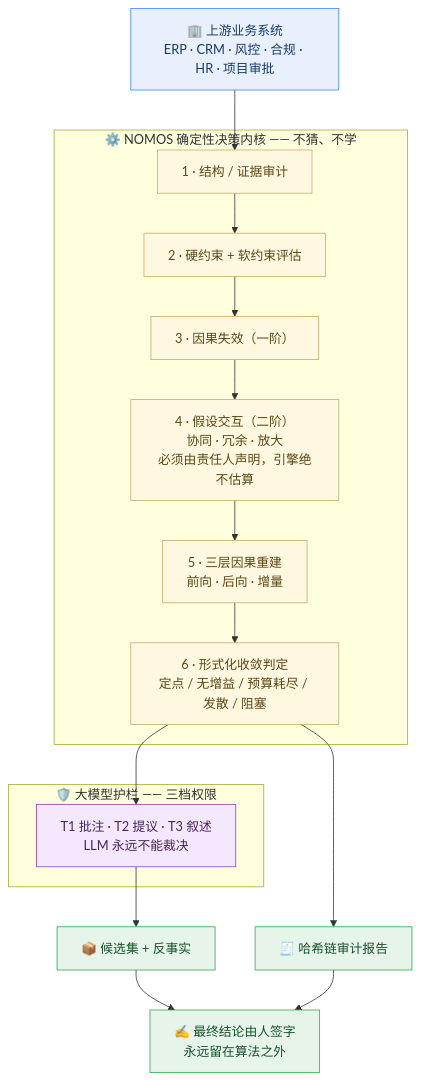
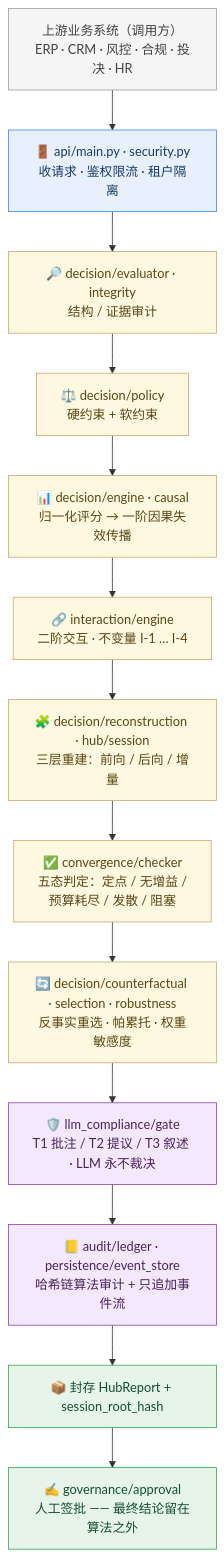
One commit to NOHN-AI/second-perspective changed the diagram in README-zh.md. Above: the diagram before and after it, drawn with Mermaid. The commit also changed other lines of this file and 1 other file, not shown here.

Commit message:
docs: redraw architecture as a module-level flowchart (EN+ZH)

````diff
--- a/README-zh.md
+++ b/README-zh.md
@@ -165,42 +165,41 @@
 ```mermaid
 flowchart TB
-    UP["🏢 上游业务系统<br/>ERP · CRM · 风控 · 合规 · HR · 项目审批"]
+    UP["上游业务系统（调用方）<br/>ERP · CRM · 风控 · 合规 · 投决 · HR"]
 
-    subgraph CORE["⚙️ NOMOS 确定性决策内核 —— 不猜、不学"]
-        K1["1 · 结构 / 证据审计"]
-        K2["2 · 硬约束 + 软约束评估"]
-        K3["3 · 因果失效（一阶）"]
-        K4["4 · 假设交互（二阶）<br/>协同 · 冗余 · 放大<br/>必须由责任人声明，引擎绝不估算"]
-        K5["5 · 三层因果重建<br/>前向 · 后向 · 增量"]
-        K6["6 · 形式化收敛判定<br/>定点 / 无增益 / 预算耗尽 / 发散 / 阻塞"]
-    end
+    A1["🚪 api/main.py · security.py<br/>收请求 · 鉴权限流 · 租户隔离"]
+    A2["🔎 decision/evaluator · integrity<br/>结构 / 证据审计"]
+    A3["⚖️ decision/policy<br/>硬约束 + 软约束"]
+    A4["📊 decision/engine · causal<br/>归一化评分 → 一阶因果失效传播"]
+    A5["🔗 interaction/engine<br/>二阶交互 · 不变量 I-1 … I-4"]
+    A6["🧩 decision/reconstruction · hub/session<br/>三层重建：前向 / 后向 / 增量"]
+    A7["✅ convergence/checker<br/>五态判定：定点 / 无增益 /<br/>预算耗尽 / 发散 / 阻塞"]
+    A8["🔄 decision/counterfactual · selection · robustness<br/>反事实重选 · 帕累托 · 权重敏感度"]
+    A9["🛡️ llm_compliance/gate<br/>T1 批注 / T2 提议 / T3 叙述 · LLM 永不裁决"]
+    A10["📒 audit/ledger · persistence/event_store<br/>哈希链算法审计 + 只追加事件流"]
+    OUT["📦 封存 HubReport + session_root_hash"]
+    HUMAN["✍️ governance/approval<br/>人工签批 —— 最终结论留在算法之外"]
 
-    subgraph GATE["🛡️ 大模型护栏 —— 三档权限"]
-        G["T1 批注 · T2 提议 · T3 叙述<br/>LLM 永远不能裁决"]
-    end
+    UP --> A1
+    A1 --> A2
+    A2 --> A3
+    A3 --> A4
+    A4 --> A5
+    A5 --> A6
+    A6 --> A7
+    A7 --> A8
+    A8 --> A9
+    A9 --> A10
+    A10 --> OUT
+    OUT --> HUMAN
 
-    OUT1["📦 候选集 + 反事实"]
-    OUT2["🧾 哈希链审计报告"]
-    HUMAN["✍️ 最终结论由人签字<br/>永远留在算法之外"]
-
-    UP --> K1
-    K1 --> K2
-    K2 --> K3
-    K3 --> K4
-    K4 --> K5
-    K5 --> K6
-    K6 --> G
-    G --> OUT1
-    K6 --> OUT2
-    OUT1 --> HUMAN
-    OUT2 --> HUMAN
-
+    classDef cUp fill:#F5F5F5,stroke:#9E9E9E,stroke-width:1px,color:#424242
     classDef cIn fill:#E8F0FE,stroke:#4285F4,stroke-width:1px,color:#173A66
     classDef cCore fill:#FFF8E1,stroke:#C9A96E,stroke-width:1px,color:#5B4614
     classDef cGate fill:#F3E8FD,stroke:#8E44AD,stroke-width:1px,color:#4A235A
     classDef cOut fill:#E6F4EA,stroke:#34A853,stroke-width:1px,color:#14512B
-    class UP cIn
-    class K1,K2,K3,K4,K5,K6 cCore
-    class G cGate
-    class OUT1,OUT2,HUMAN cOut
+    class UP cUp
+    class A1 cIn
+    class A2,A3,A4,A5,A6,A7,A8 cCore
+    class A9,A10 cGate
+    class OUT,HUMAN cOut
 ```
````
